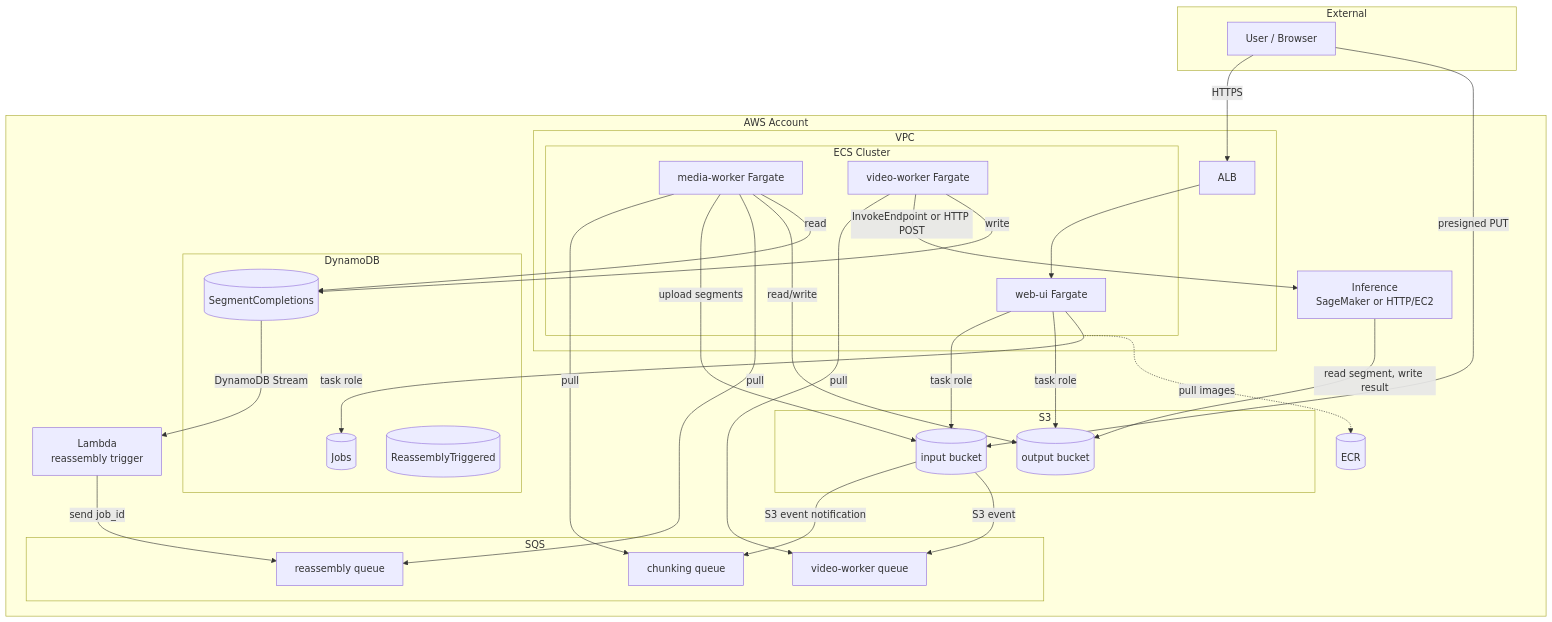
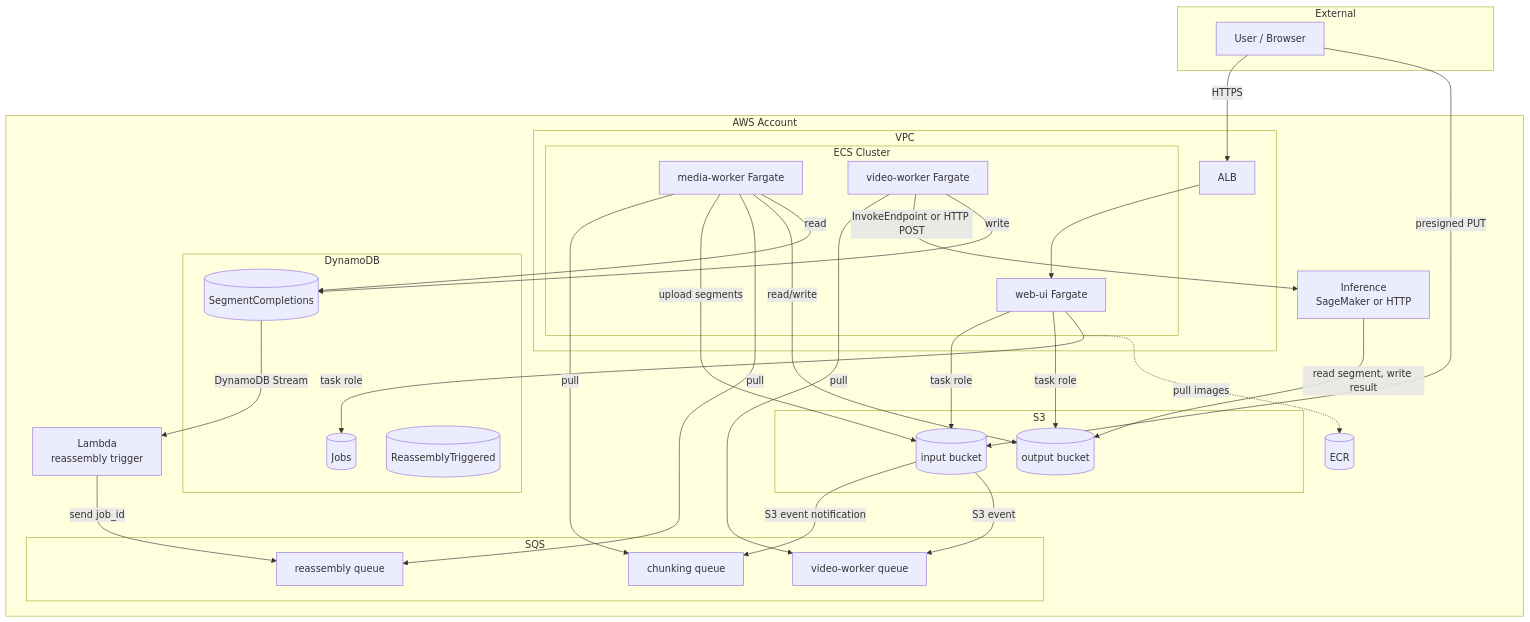
The second of 7 diagrams in ARCHITECTURE.md (alexpialetski/stereo-spot), drawn with Mermaid before and after one commit. The commit also changed other lines of this file and 2 other files, not shown here.

First line of the commit message:
docs: update architecture, runbooks, implementation plan for iw3

````diff
--- a/ARCHITECTURE.md
+++ b/ARCHITECTURE.md
@@ -89,60 +89,60 @@
 ```mermaid
 flowchart TB
     subgraph External
         User[User / Browser]
     end
 
     subgraph AWS["AWS Account"]
         subgraph VPC["VPC"]
             ALB[ALB]
             subgraph ECS["ECS Cluster"]
                 WebUI[web-ui Fargate]
                 MediaW[media-worker Fargate]
                 VideoW[video-worker Fargate]
             end
         end
 
-        SageMaker[Inference\nSageMaker or HTTP/EC2]
+        SageMaker[Inference\nSageMaker or HTTP]
         ECR[(ECR)]
 
         subgraph Storage["S3"]
             InputBucket[(input bucket)]
             OutputBucket[(output bucket)]
         end
 
         subgraph Queues["SQS"]
             ChunkQ[chunking queue]
             VideoQ[video-worker queue]
             ReassQ[reassembly queue]
         end
 
         subgraph DB["DynamoDB"]
             Jobs[(Jobs)]
             SegCompl[(SegmentCompletions)]
             ReassTrig[(ReassemblyTriggered)]
         end
 
         Lambda[Lambda\nreassembly trigger]
     end
 
     User -->|HTTPS| ALB
     ALB --> WebUI
     User -->|presigned PUT| InputBucket
     WebUI -->|task role| InputBucket
     WebUI -->|task role| OutputBucket
     WebUI -->|task role| Jobs
     InputBucket -->|S3 event notification| ChunkQ
     MediaW -->|pull| ChunkQ
     MediaW -->|upload segments| InputBucket
     InputBucket -->|S3 event| VideoQ
     VideoW -->|pull| VideoQ
     VideoW -->|InvokeEndpoint or HTTP POST| SageMaker
     SageMaker -->|read segment, write result| OutputBucket
     VideoW -->|write| SegCompl
     SegCompl -->|DynamoDB Stream| Lambda
     Lambda -->|send job_id| ReassQ
     MediaW -->|pull| ReassQ
     MediaW -->|read/write| OutputBucket
     MediaW -->|read| SegCompl
     ECS -.->|pull images| ECR
 ```
````
